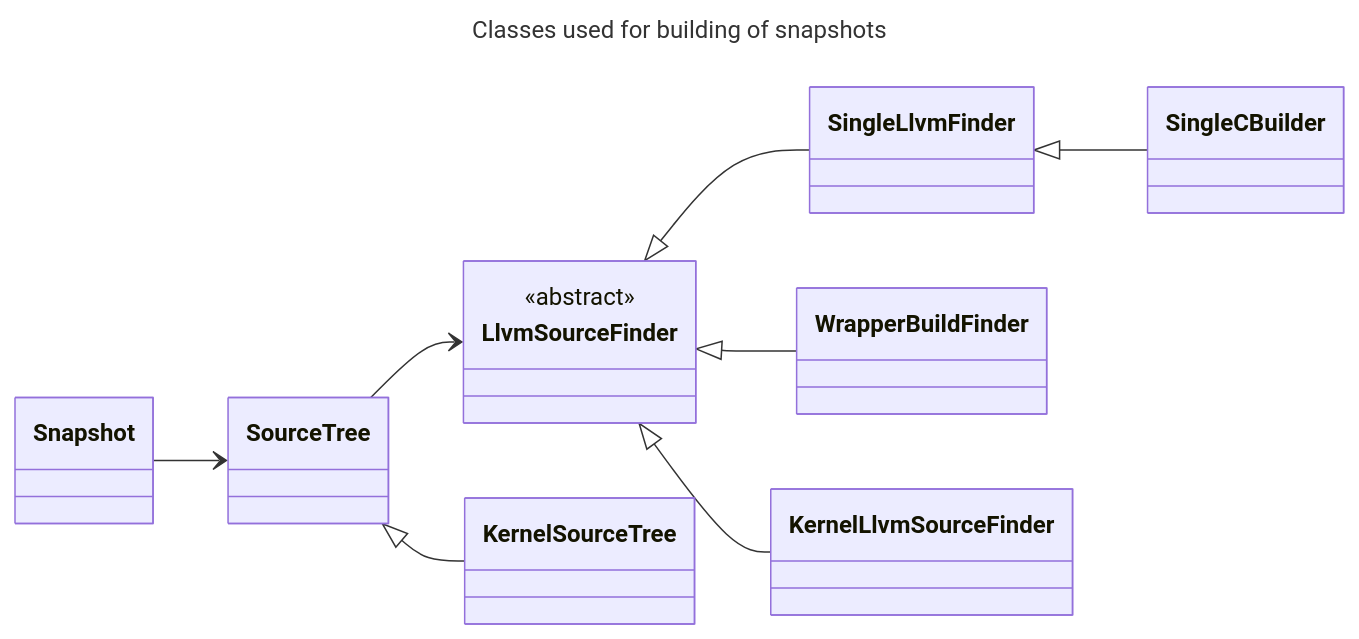
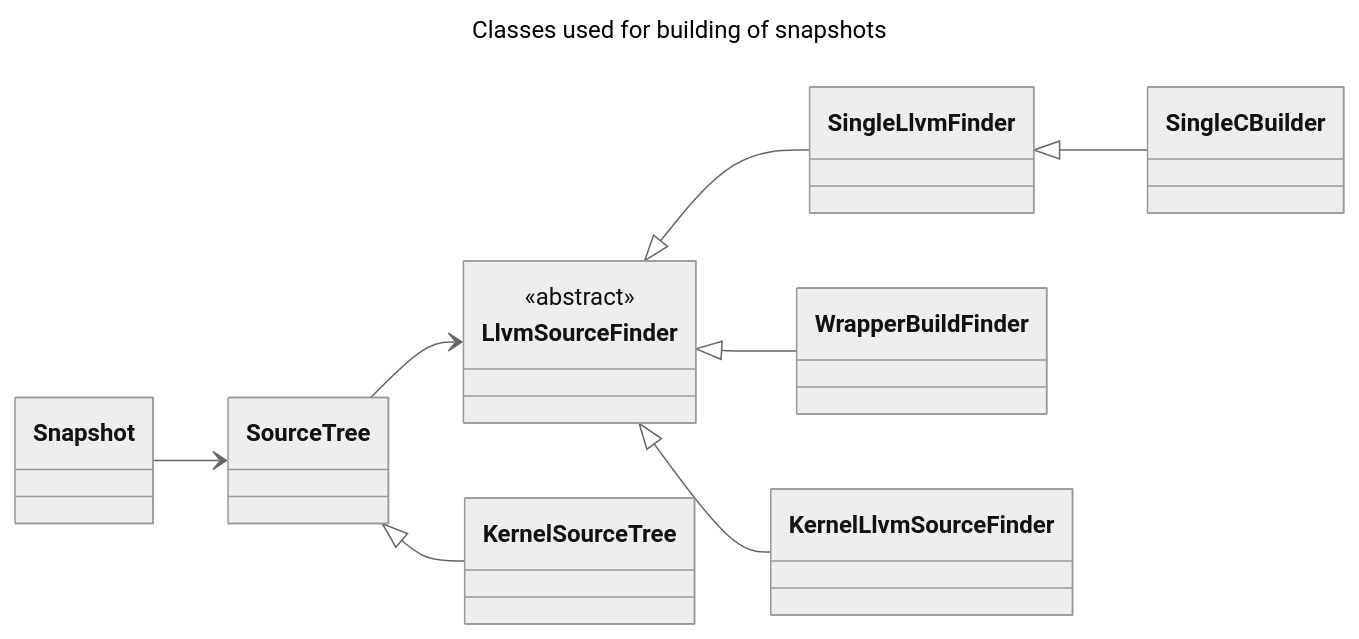
One commit to PLukas2018/diffkemp changed the second of 3 diagrams in docs/architecture.md. Above: the diagram before and after it, drawn with Mermaid. The commit also changed other lines of this file, not shown here.

Commit message:
build sequence diagram

````diff
--- a/docs/architecture.md
+++ b/docs/architecture.md
@@ -75,27 +75,26 @@
 ```mermaid
 ---
 # This code renders an image, which does not show on the GitHub app, use a browser
 # to see the image.
 title: Classes used for building of snapshots
 config:
-  class:
-    dividerMargin: 0
+  theme: neutral
 ---
 classDiagram
   direction LR
   Snapshot --> SourceTree
   SourceTree --> LlvmSourceFinder
   SourceTree <|-- KernelSourceTree
   LlvmSourceFinder <|-- SingleLlvmFinder
   LlvmSourceFinder <|-- WrapperBuildFinder
   LlvmSourceFinder <|-- KernelLlvmSourceFinder
   SingleLlvmFinder <|-- SingleCBuilder
   SourceTree
   <<abstract>> LlvmSourceFinder
   %%note for KernelSourceTree "build-kernel"
   %%note for SingleLlvmFinder "llvm-to-snapshot"
   %%note for WrapperBuildFinder "llvm-to-snapshot"
   %%note for KernelLlvmSourceFinder "build-kernel"
   %%note for SingleLlvmFinder "build of single C file"
   %%note for WrapperBuildFinder "build of make-based projects"
 ```
````
